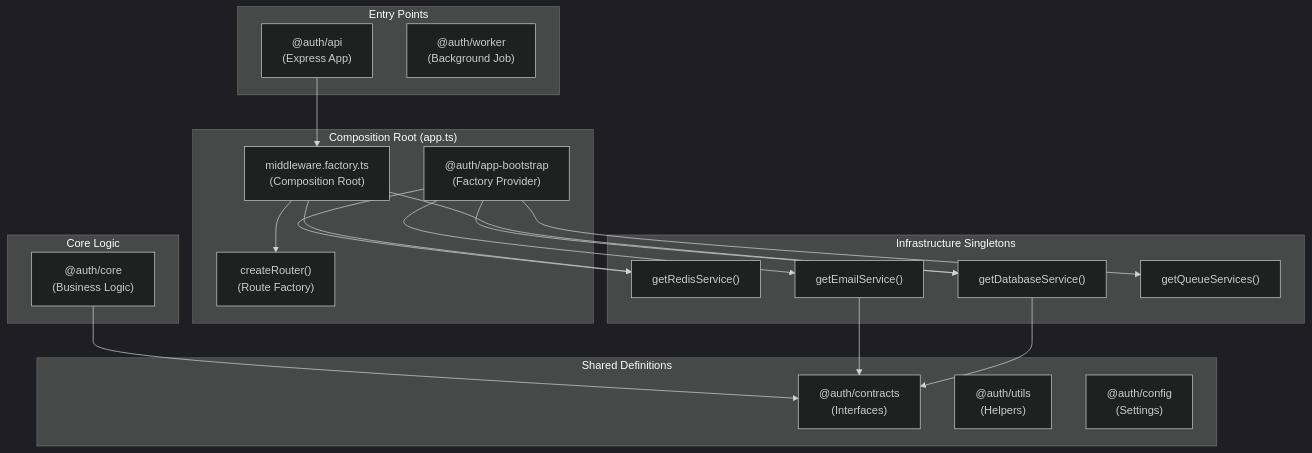
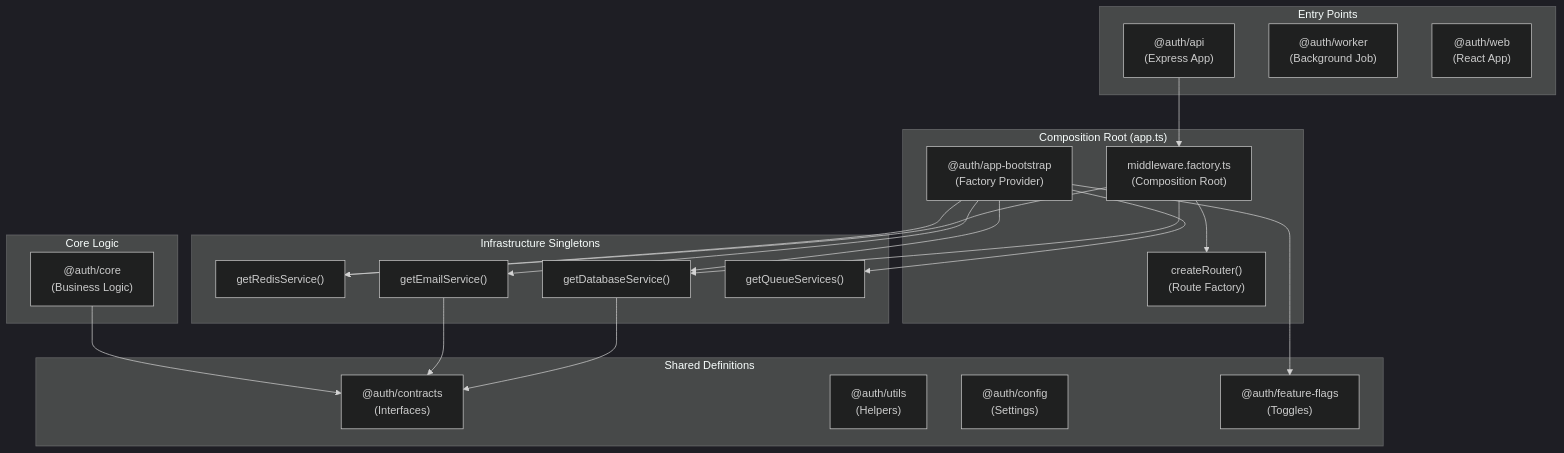
One commit to motinxyz/mern-auth changed the diagram in docs/codebase_explanation_ts.md. Above: the diagram before and after it, drawn with Mermaid (dark theme). The commit also changed other lines of this file and 116 other files, not shown here.

````diff
--- a/docs/codebase_explanation_ts.md
+++ b/docs/codebase_explanation_ts.md
@@ -26,44 +26,47 @@
 ```mermaid
 graph TB
     subgraph "Composition Root (app.ts)"
         Bootstrap["@auth/app-bootstrap<br/>(Factory Provider)"]
         MiddlewareFactory["middleware.factory.ts<br/>(Composition Root)"]
         RouterFactory["createRouter()<br/>(Route Factory)"]
     end
 
     subgraph "Entry Points"
         API["@auth/api<br/>(Express App)"]
         Worker["@auth/worker<br/>(Background Job)"]
+        Web["@auth/web<br/>(React App)"]
     end
 
     subgraph "Core Logic"
         Core["@auth/core<br/>(Business Logic)"]
     end
 
     subgraph "Infrastructure Singletons"
         Redis["getRedisService()"]
         Database["getDatabaseService()"]
         Email["getEmailService()"]
         Queues["getQueueServices()"]
     end
 
     subgraph "Shared Definitions"
         Contracts["@auth/contracts<br/>(Interfaces)"]
         Utils["@auth/utils<br/>(Helpers)"]
         Config["@auth/config<br/>(Settings)"]
+        FeatureFlags["@auth/feature-flags<br/>(Toggles)"]
     end
 
     Bootstrap --> Redis
     Bootstrap --> Database
     Bootstrap --> Email
     Bootstrap --> Queues
+    Bootstrap --> FeatureFlags
     
     API --> MiddlewareFactory
     MiddlewareFactory --> Redis
     MiddlewareFactory --> Database
     MiddlewareFactory --> RouterFactory
     
     Core --> Contracts
     Email --> Contracts
     Database --> Contracts
 ```
````
